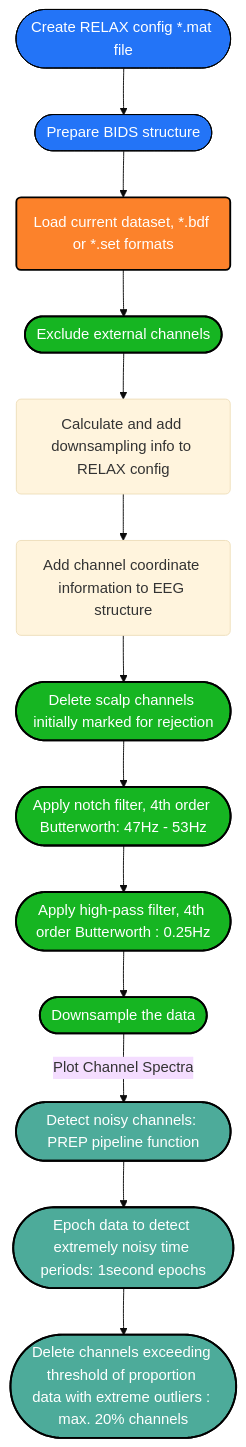
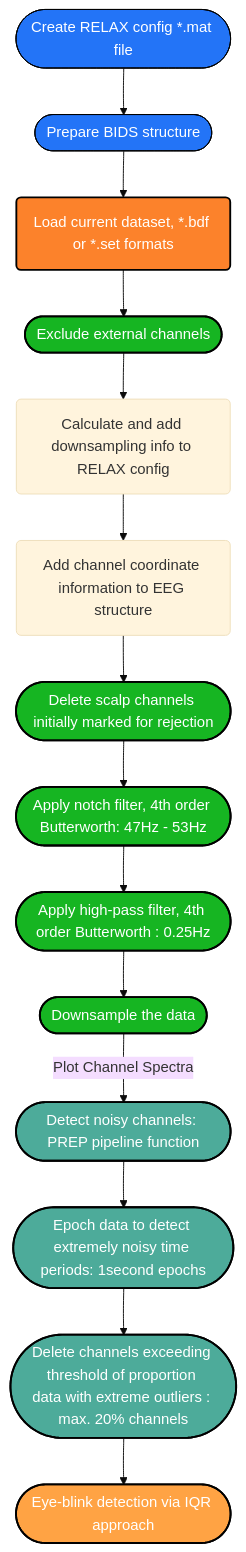
The diagram in Pipeline_Datafow_Chart.md (deebeebolger/Project_CeLaVie), drawn with Mermaid (base theme) before and after one commit.

````diff
--- a/Pipeline_Datafow_Chart.md
+++ b/Pipeline_Datafow_Chart.md
@@ -1,38 +1,39 @@
 ```mermaid
 flowchart TD
 %% Colors %%
 
 classDef blue fill:#2374f7, stroke:#000, stroke-width: px, color:#fff
 classDef orange fill:#fc822b,stroke:#000,stroke-width:2px,color:#fff
 classDef green fill:#16b522,stroke:#000,stroke-width:2px,color:#fff
 classDef mintgreen fill:#4DAB9A,stroke:#000,stroke-width:2px,color:#fff
 classDef mandarine fill:#FFA344,stroke:#000,stroke-width:2px,color:#fff
 classDef aubergine fill:#9A6DD7,stroke:#000,stroke-width:2px,color:#fff
 classDef red fill:#D44C47,stroke:#000,stroke-width:2px,color:#fff
 classDef grey fill:#979A9B,stroke:#000,stroke-width:2px,color:#fff
 
 
 Config([Create RELAX config *.mat file]):::blue -->
 BIDS([Prepare BIDS structure]):::blue
 click Config "https://github.com/deebeebolger/Project_CeLaVie/blob/main/DataflowChart_pages/Create_RELAX_conf_file.md" "Link"
 click BIDS "https://github.com/deebeebolger/Project_CeLaVie/blob/main/DataflowChart_pages/BIDS_structure.md" "Link"
 BIDS --> Ld(Load current dataset, *.bdf or *.set formats):::orange
 --> EXRej([Exclude external channels]):::green
 click EXRej "https://github.com/deebeebolger/Project_CeLaVie/blob/main/DataflowChart_pages/Exclude_external_chans.md" _blank
 EXRej --> AddRS(Calculate and add downsampling info to RELAX config)
 click AddRS "https://github.com/deebeebolger/Project_CeLaVie/blob/main/DataflowChart_pages/Downsampling.md" "Link"
 AddRS --> AddChan(Add channel coordinate information to EEG structure)
 click AddChan "https://github.com/deebeebolger/Project_CeLaVie/blob/main/DataflowChart_pages/Add_Channels_coordinates.md" "Link"
 AddChan --> ScalpRej([Delete scalp channels initially marked for rejection]):::green
 ScalpRej --> Notch([Apply notch filter, 4th order Butterworth: 47Hz - 53Hz]):::green
 Notch --> HPfilt([Apply high-pass filter, 4th order Butterworth : 0.25Hz]):::green
 HPfilt --> RSamp([Downsample the data]):::green
 click Notch "https://github.com/deebeebolger/Project_CeLaVie/blob/main/DataflowChart_pages/Filtering.md" "Link"
 click HPfilt "https://github.com/deebeebolger/Project_CeLaVie/blob/main/DataflowChart_pages/Filtering.md" "Link"
 RSamp -->|Plot Channel Spectra|Prep([Detect noisy channels: PREP pipeline function]):::mintgreen
 Prep --> EpClean([Epoch data to detect extremely noisy time periods: 1second epochs]):::mintgreen
 click Prep "https://github.com/deebeebolger/Project_CeLaVie/blob/main/DataflowChart_pages/BadChannelDetect_PREP.md" "Link"
 click EpClean "https://github.com/deebeebolger/Project_CeLaVie/blob/main/DataflowChart_pages/Bad_ChannelTime_Detect_MAD.md" "Link"
 EpClean --> DelChans([Delete channels exceeding threshold of proportion data with extreme outliers : max. 20% channels]):::mintgreen
 click DelChans "https://github.com/deebeebolger/Project_CeLaVie/blob/main/DataflowChart_pages/Bad_ChannelTime_Detect_MAD.md" "Link"
+DelChans --> Blink([Eye-blink detection via IQR approach]):::mandarine
 ```
````
